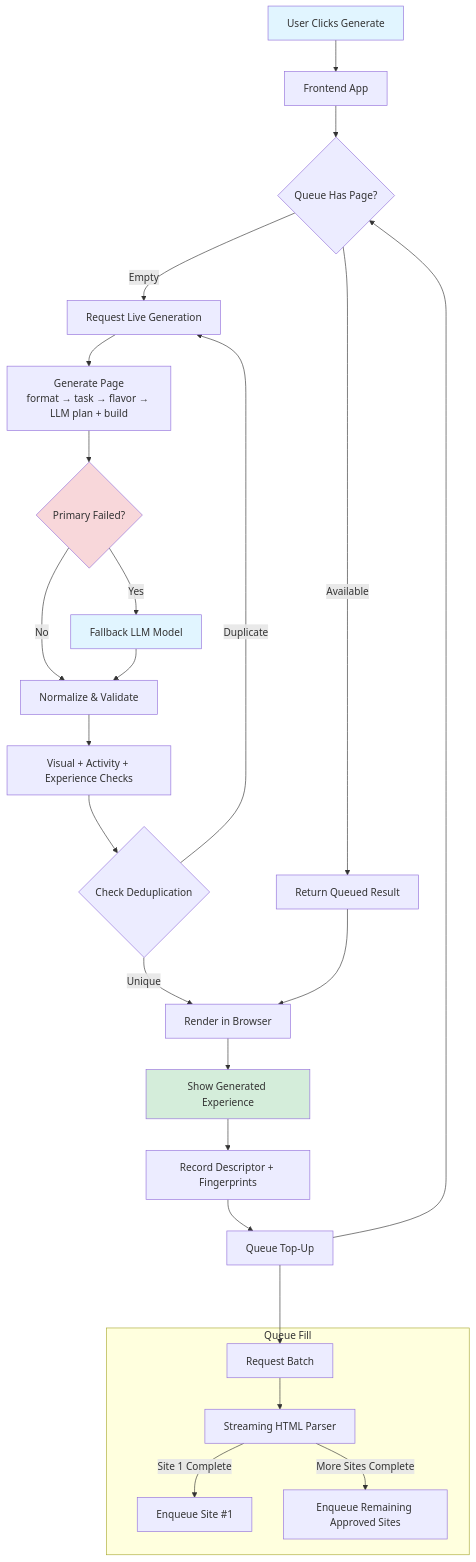
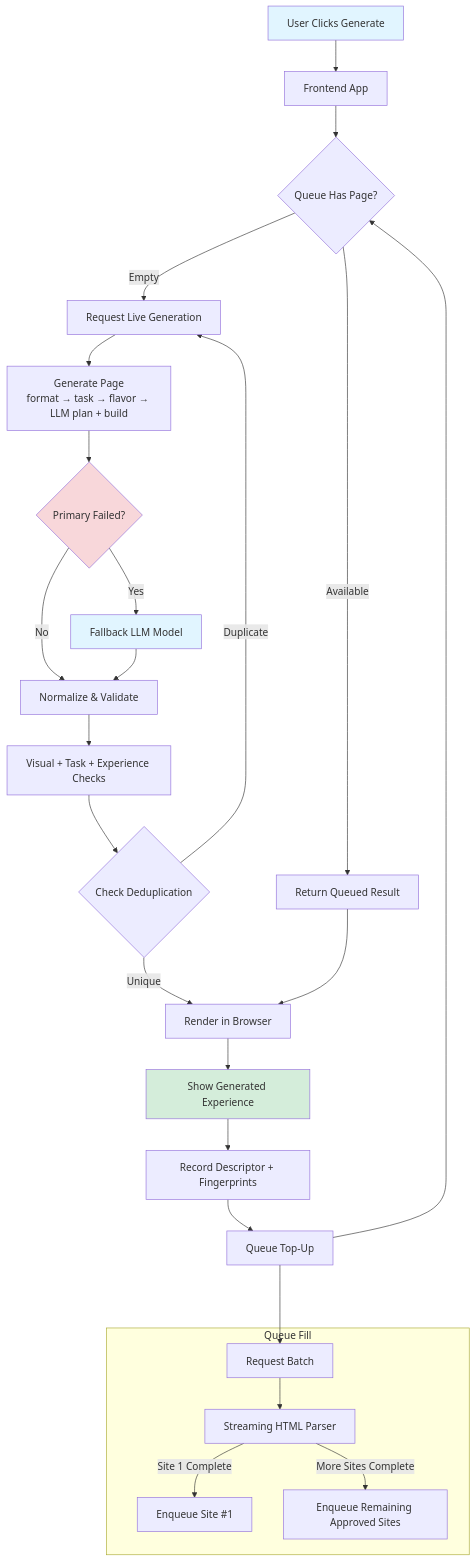
Before and after one commit to lesprgm/Roulette: the first of 3 diagrams in README.md, drawn with Mermaid. The commit also changed other lines of this file and 1 other file, not shown here.

````diff
--- a/README.md
+++ b/README.md
@@ -117,37 +117,37 @@
 ```mermaid
 graph TD
     A[User Clicks Generate] --> B[Frontend App]
     B --> C{Queue Has Page?}
     C -->|Available| D[Return Queued Result]
     C -->|Empty| E[Request Live Generation]
     E --> F[Generate Page<br/>format → task → flavor → LLM plan + build]
     F --> H{Primary Failed?}
     H -->|No| I[Normalize & Validate]
     H -->|Yes| H2[Fallback LLM Model]
     H2 --> I
-    I --> Q[Visual + Activity + Experience Checks]
+    I --> Q[Visual + Task + Experience Checks]
     Q --> M{Check Deduplication}
     M -->|Unique| N[Render in Browser]
     M -->|Duplicate| E
     N --> O[Show Generated Experience]
     O --> R[Record Descriptor + Fingerprints]
     R --> P[Queue Top-Up]
     P --> C
     D --> N
 
     subgraph Queue Fill
     P1[Request Batch]
     P2[Streaming HTML Parser]
     P3[Enqueue Site #1]
     P4[Enqueue Remaining Approved Sites]
     P1 --> P2
     P2 -->|Site 1 Complete| P3
     P2 -->|More Sites Complete| P4
     end
     P ---> P1
 
     style A fill:#e1f5ff
     style O fill:#d4edda
     style H fill:#f8d7da
     style H2 fill:#e1f5ff
 ```
````
